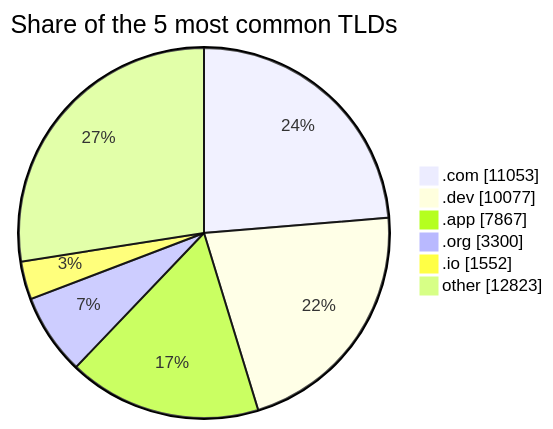
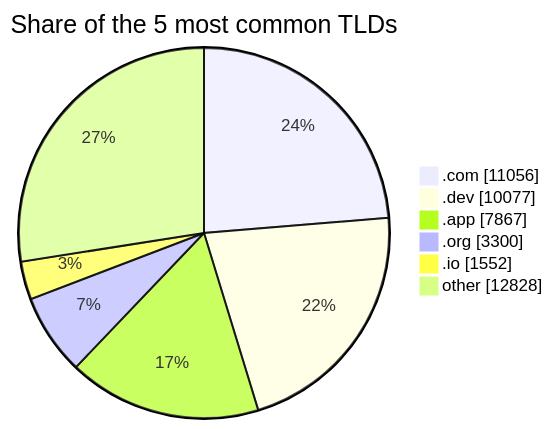
The third of 3 diagrams in README.md (DNSBunker/CTI), drawn with Mermaid before and after one commit. The commit also changed other lines of this file and 3 other files, not shown here.

````diff
--- a/README.md
+++ b/README.md
@@ -81,9 +81,9 @@
 ```mermaid
 pie showData title Share of the 5 most common TLDs
-    ".com" : 11053
+    ".com" : 11056
     ".dev" : 10077
     ".app" : 7867
     ".org" : 3300
     ".io" : 1552
-    "other" : 12823
+    "other" : 12828
 ```
````
